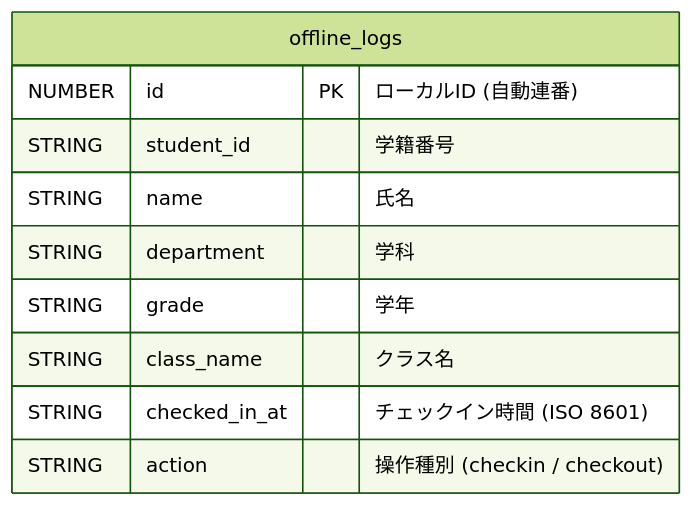
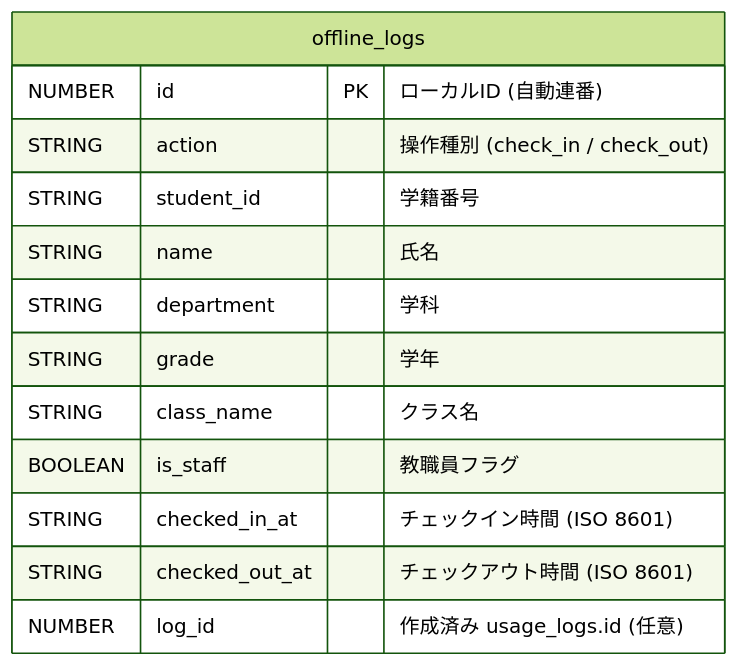
Before and after one commit to tachiyu1931-code/gym-reservation: the second of 2 diagrams in doc/ER図.md, drawn with Mermaid (forest theme). The commit also changed other lines of this file and 14 other files, not shown here.

````diff
--- a/doc/ER図.md
+++ b/doc/ER図.md
@@ -75,13 +95,16 @@
 ```mermaid
 erDiagram
     offline_logs {
         NUMBER id PK "ローカルID (自動連番)"
+        STRING action "操作種別 (check_in / check_out)"
         STRING student_id "学籍番号"
         STRING name "氏名"
         STRING department "学科"
         STRING grade "学年"
         STRING class_name "クラス名"
+        BOOLEAN is_staff "教職員フラグ"
         STRING checked_in_at "チェックイン時間 (ISO 8601)"
-        STRING action "操作種別 (checkin / checkout)"
+        STRING checked_out_at "チェックアウト時間 (ISO 8601)"
+        NUMBER log_id "作成済み usage_logs.id (任意)"
     }
 ```
````
